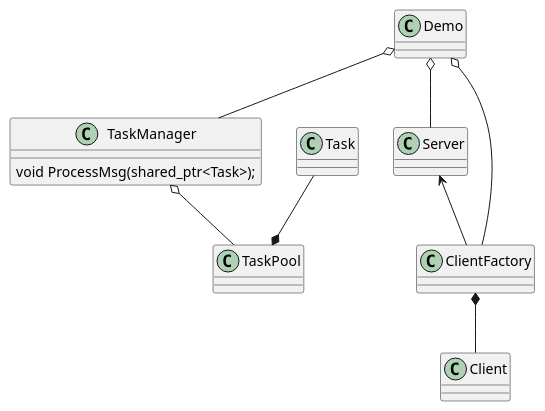
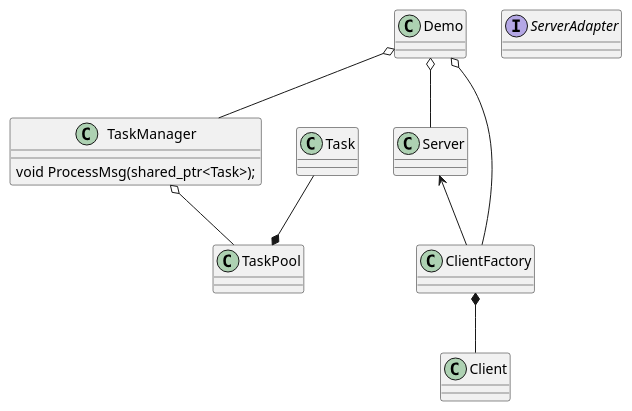
Before and after one commit to ZeroOf/cpp_practice: the diagram in src/DemoApp/design/readme.md, drawn with PlantUML. The commit also changed 5 other files, not shown here.

````diff
--- a/src/DemoApp/design/readme.md
+++ b/src/DemoApp/design/readme.md
@@ -9,20 +9,22 @@
 ```plantuml
 @startuml
 class Demo
 class TaskManager {
     void ProcessMsg(shared_ptr<Task>);
 }
+interface ServerAdapter
 class TaskPool
 class Task
 Task --* TaskPool
 class Server
 class Client
 class ClientFactory
 ClientFactory *-- Client
 Demo o-- ClientFactory
 Demo o-- Server
 TaskManager o-- TaskPool
 Demo o-- TaskManager
 Server <-- ClientFactory
+
 @enduml
 ```
````
